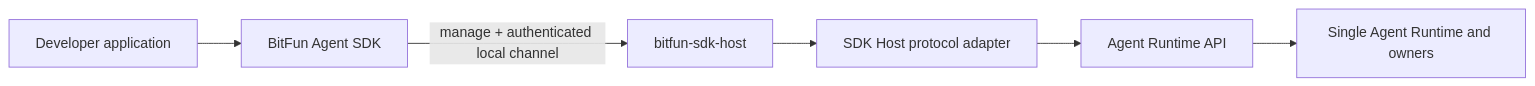
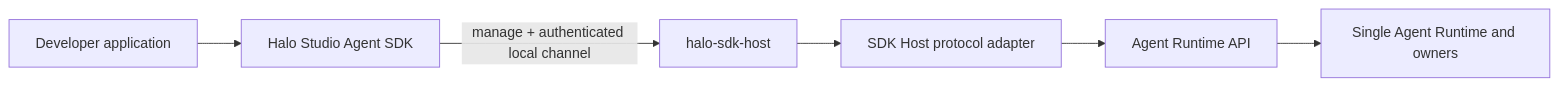
The fifth of 11 diagrams in product/Halo Studio/docs/architecture/agent-sdk-product-architecture.md (Nyzeep/Halo-Studio), drawn with Mermaid before and after one commit. The commit also changed other lines of this file and 259 other files, not shown here.

Commit message:
文档：活动文档与历史证据去 BitFun 化并统一上游对照标注

````diff
--- a/product/Halo Studio/docs/architecture/agent-sdk-product-architecture.md
+++ b/product/Halo Studio/docs/architecture/agent-sdk-product-architecture.md
@@ -227,8 +227,8 @@
 ```mermaid
 flowchart LR
-  App["Developer application"] --> SDK["BitFun Agent SDK"]
-  SDK -->|"manage + authenticated local channel"| Host["bitfun-sdk-host"]
+  App["Developer application"] --> SDK["Halo Studio Agent SDK"]
+  SDK -->|"manage + authenticated local channel"| Host["halo-sdk-host"]
   Host --> SDKAdapter["SDK Host protocol adapter"]
   SDKAdapter --> API["Agent Runtime API"]
   API --> Runtime["Single Agent Runtime and owners"]
 ```
````
